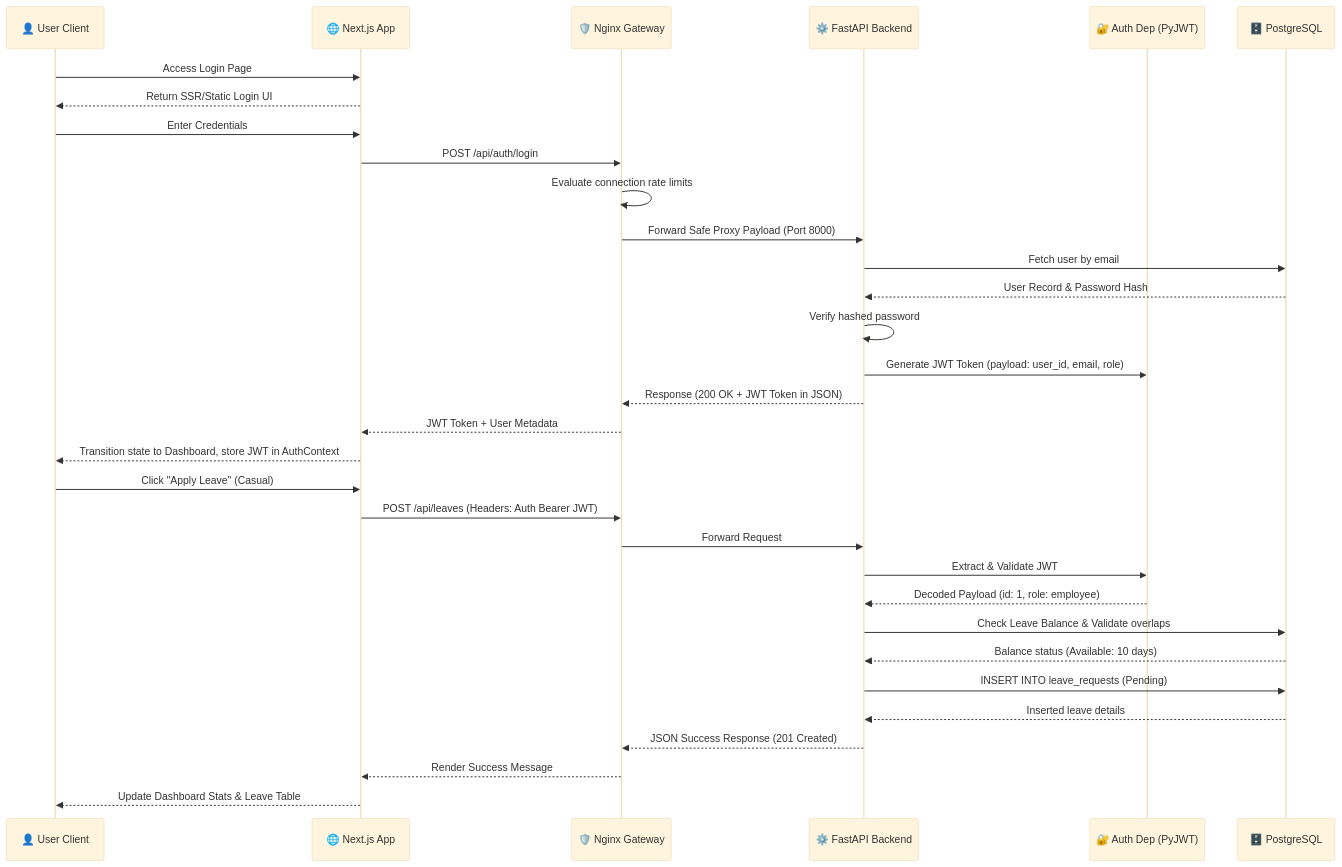
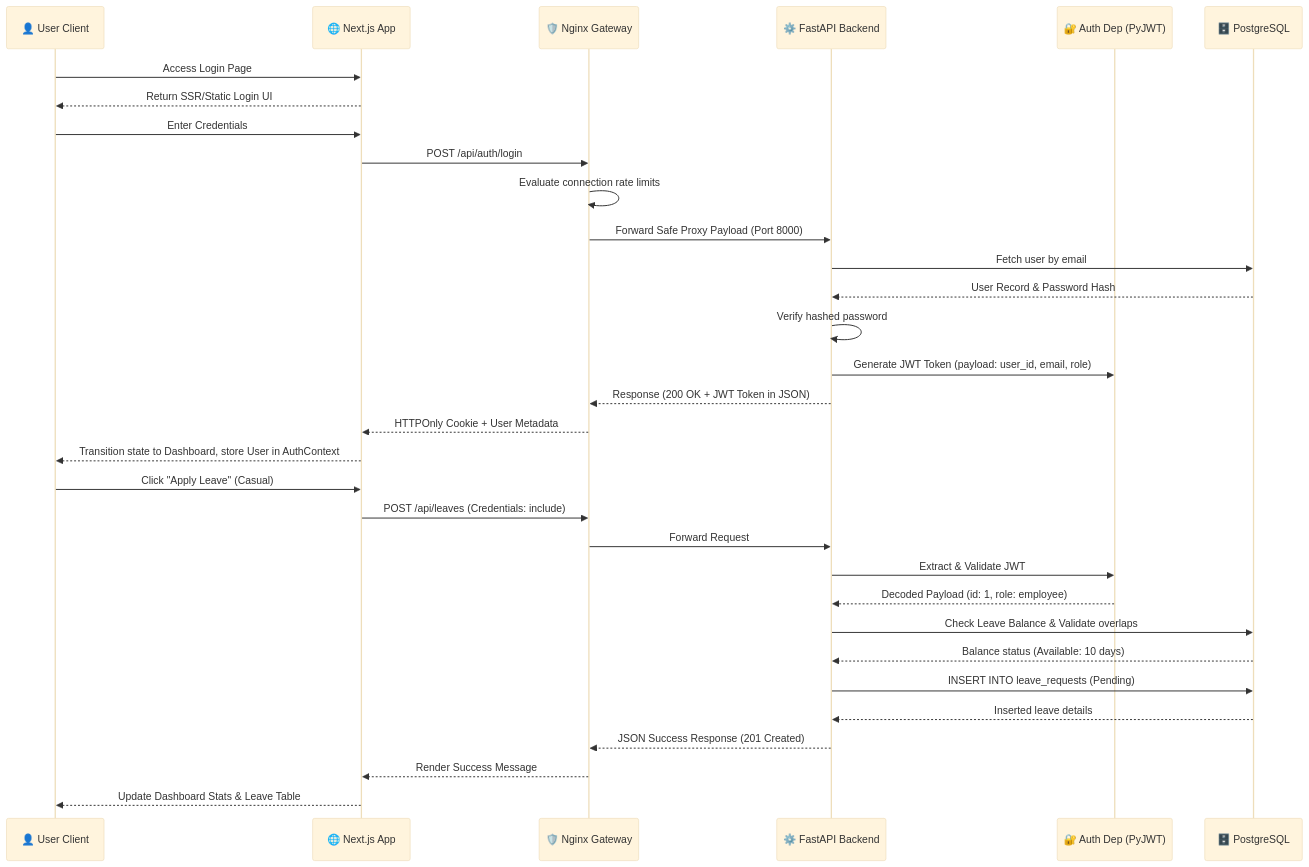
The third of 3 diagrams in docs/02-TRD.md (algorithnicmind/Bookflow-management), drawn with Mermaid (base theme) before and after one commit. The commit also changed other lines of this file and 1 other file, not shown here.

````diff
--- a/docs/02-TRD.md
+++ b/docs/02-TRD.md
@@ -139,36 +143,36 @@
 ```mermaid
 sequenceDiagram
     participant U as 👤 User Client
     participant FE as 🌐 Next.js App
     participant GW as 🛡️ Nginx Gateway
     participant BE as ⚙️ FastAPI Backend
     participant JWT as 🔐 Auth Dep (PyJWT)
     participant DB as 🗄️ PostgreSQL
     
     U->>FE: Access Login Page
     FE-->>U: Return SSR/Static Login UI
     U->>FE: Enter Credentials
     FE->>GW: POST /api/auth/login
     GW->>GW: Evaluate connection rate limits
     GW->>BE: Forward Safe Proxy Payload (Port 8000)
     BE->>DB: Fetch user by email
     DB-->>BE: User Record & Password Hash
     BE->>BE: Verify hashed password
     BE->>JWT: Generate JWT Token (payload: user_id, email, role)
     BE-->>GW: Response (200 OK + JWT Token in JSON)
-    GW-->>FE: JWT Token + User Metadata
-    FE-->>U: Transition state to Dashboard, store JWT in AuthContext
+    GW-->>FE: HTTPOnly Cookie + User Metadata
+    FE-->>U: Transition state to Dashboard, store User in AuthContext
     
     U->>FE: Click "Apply Leave" (Casual)
-    FE->>GW: POST /api/leaves (Headers: Auth Bearer JWT)
+    FE->>GW: POST /api/leaves (Credentials: include)
     GW->>BE: Forward Request
     BE->>JWT: Extract & Validate JWT
     JWT-->>BE: Decoded Payload (id: 1, role: employee)
     BE->>DB: Check Leave Balance & Validate overlaps
     DB-->>BE: Balance status (Available: 10 days)
     BE->>DB: INSERT INTO leave_requests (Pending)
     DB-->>BE: Inserted leave details
     BE-->>GW: JSON Success Response (201 Created)
     GW-->>FE: Render Success Message
     FE-->>U: Update Dashboard Stats & Leave Table
 ```
````
